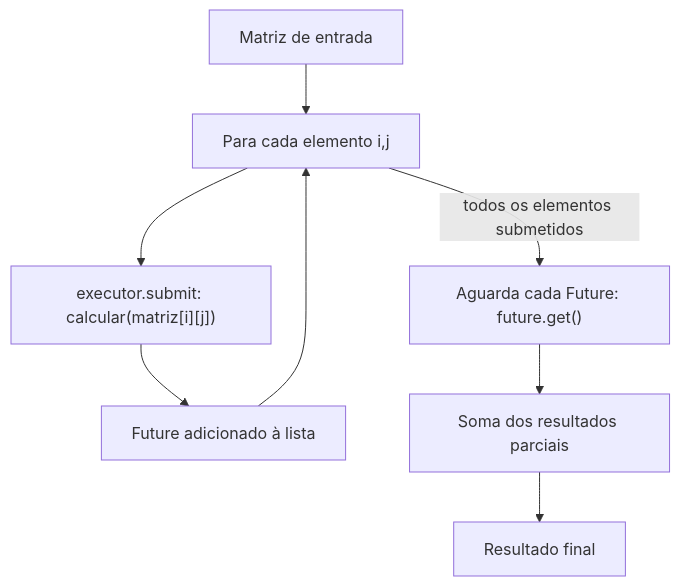
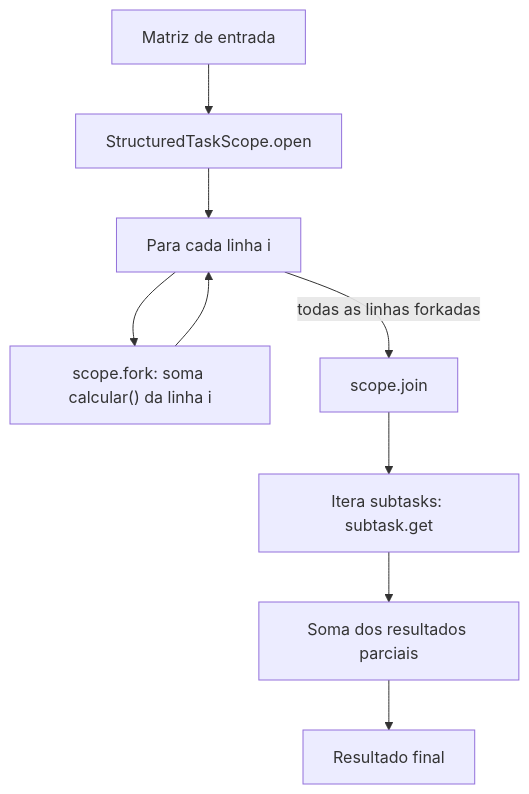
One commit to AstleBia/Projeto_Paralelismo changed the third of 3 diagrams in README.md. Above: the diagram before and after it, drawn with Mermaid. The commit also changed other lines of this file and 2 other files, not shown here.

````diff
--- a/README.md
+++ b/README.md
@@ -134,10 +150,11 @@
 ```mermaid
 flowchart TD
-    A[Matriz de entrada] --> B[Para cada elemento i,j]
-    B --> C["executor.submit: calcular(matriz[i][j])"]
-    C --> D[Future adicionado à lista]
-    D --> B
-    B -->|todos os elementos submetidos| E["Aguarda cada Future: future.get()"]
-    E --> F[Soma dos resultados parciais]
-    F --> G[Resultado final]
+    A[Matriz de entrada] --> B[StructuredTaskScope.open]
+    B --> C[Para cada linha i]
+    C --> D["scope.fork: soma calcular() da linha i"]
+    D --> C
+    C -->|todas as linhas forkadas| E[scope.join]
+    E --> F[Itera subtasks: subtask.get]
+    F --> G[Soma dos resultados parciais]
+    G --> H[Resultado final]
 ```
````
